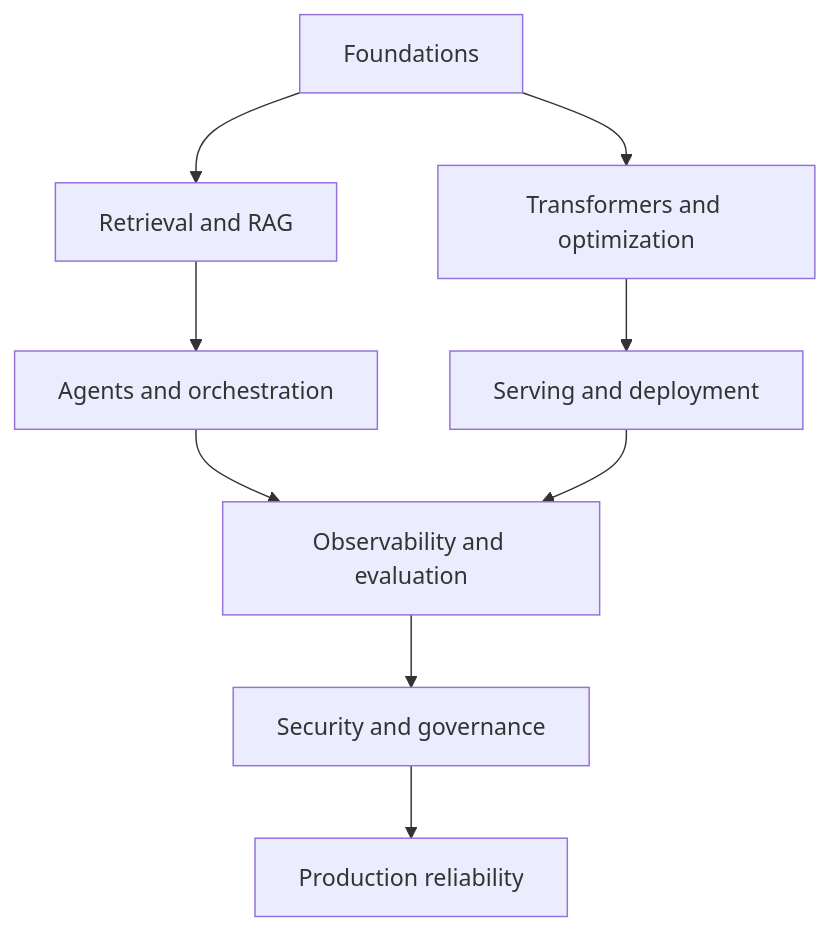
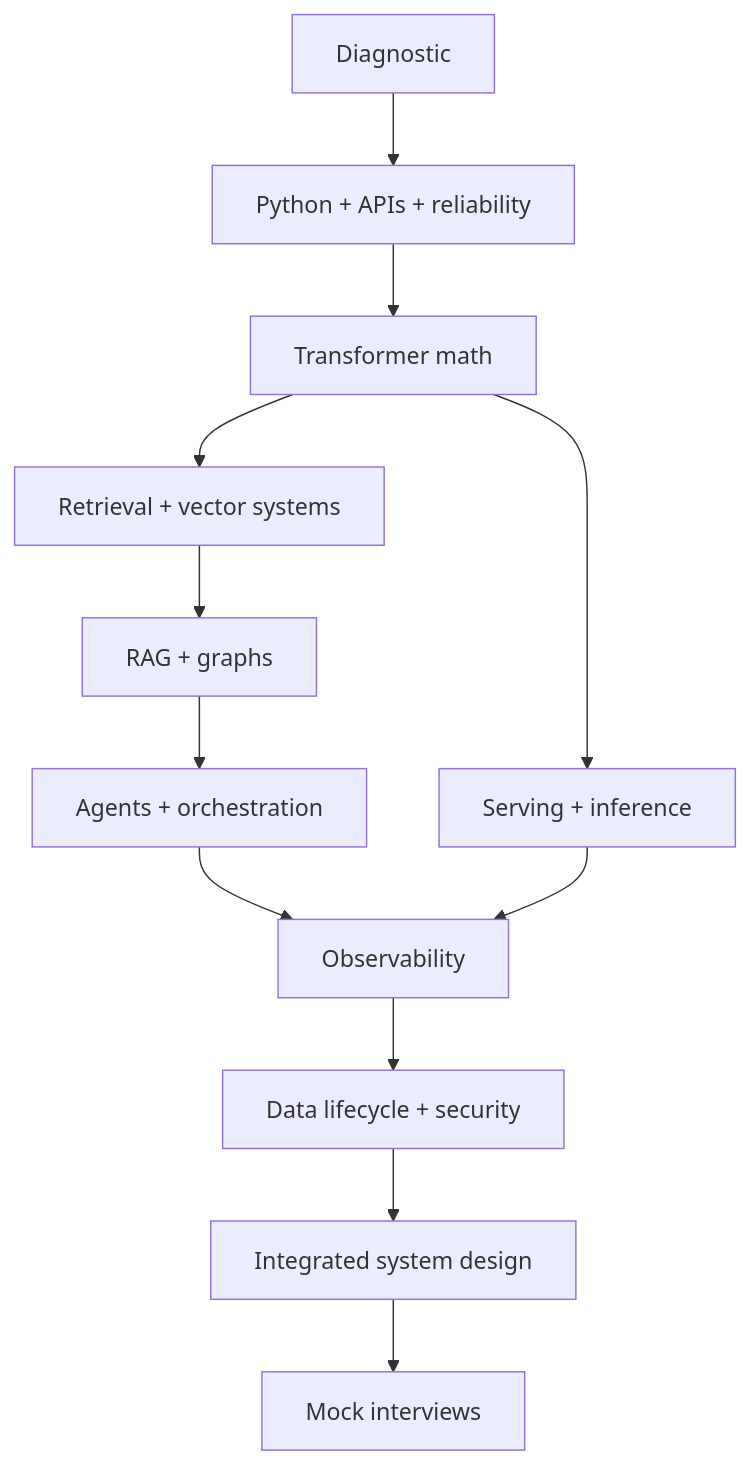
Before and after one commit to AliNikkhah2001/AI_interview: the diagram in README.md, drawn with Mermaid. The commit also changed other lines of this file and 26 other files, not shown here.

Commit message:
Add mathematical tutorials and progress roadmap

````diff
--- a/README.md
+++ b/README.md
@@ -77,11 +77,14 @@
 ```mermaid
 flowchart TD
-  F[Foundations] --> R[Retrieval and RAG]
-  F --> T[Transformers and optimization]
-  R --> A[Agents and orchestration]
-  T --> D[Serving and deployment]
-  A --> O[Observability and evaluation]
-  D --> O
-  O --> G[Security and governance]
-  G --> P[Production reliability]
+  D[Diagnostic] --> P[Python + APIs + reliability]
+  P --> T[Transformer math]
+  T --> R[Retrieval + vector systems]
+  R --> G[RAG + graphs]
+  G --> A[Agents + orchestration]
+  T --> I[Serving + inference]
+  A --> O[Observability]
+  I --> O
+  O --> L[Data lifecycle + security]
+  L --> S[Integrated system design]
+  S --> M[Mock interviews]
 ```
````
